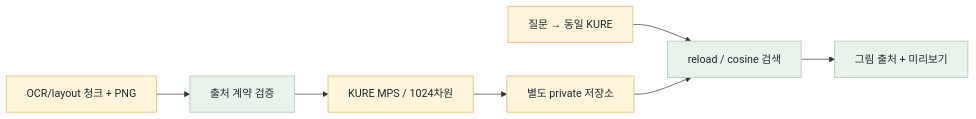
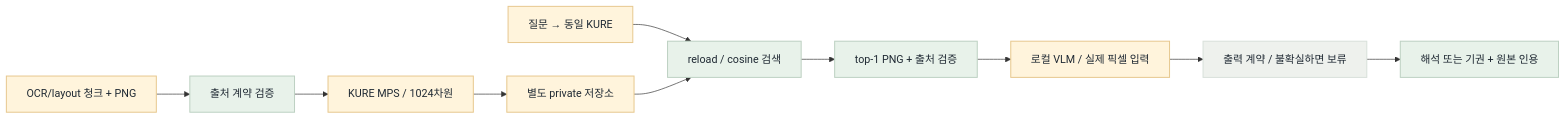
Before and after one commit to KongSeok/sprint-public-procurement-rag-assistant: the diagram in fivecircles/architecture/specs/visual-ocr-target-flow.mmd, drawn with Mermaid. The commit also changed 12 other files, not shown here.

```diff
--- a/fivecircles/architecture/specs/visual-ocr-target-flow.mmd
+++ b/fivecircles/architecture/specs/visual-ocr-target-flow.mmd
@@ -1,9 +1,11 @@
 flowchart LR
   A["OCR/layout 청크 + PNG"]:::amber --> B["출처 계약 검증"]:::green
   B --> C["KURE MPS / 1024차원"]:::amber --> D["별도 private 저장소"]:::amber
   Q["질문 → 동일 KURE"]:::amber --> E["reload / cosine 검색"]:::green
-  D --> E --> F["그림 출처 + 미리보기"]:::green
+  D --> E --> F["top-1 PNG + 출처 검증"]:::green
+  F --> G["로컬 VLM / 실제 픽셀 입력"]:::amber --> H["출력 계약 / 불확실하면 보류"]:::gray
+  H --> I["해석 또는 기권 + 원본 인용"]:::green
   classDef green fill:#e8f2ea,stroke:#bdd1c2,color:#1f2933,stroke-width:1.5px
   classDef amber fill:#fff4dc,stroke:#e7c88f,color:#1f2933,stroke-width:1.5px
   classDef red fill:#fde9e6,stroke:#e8bab5,color:#1f2933,stroke-width:1.5px
   classDef gray fill:#eef1ed,stroke:#d8e0da,color:#1f2933,stroke-width:1.5px
```
